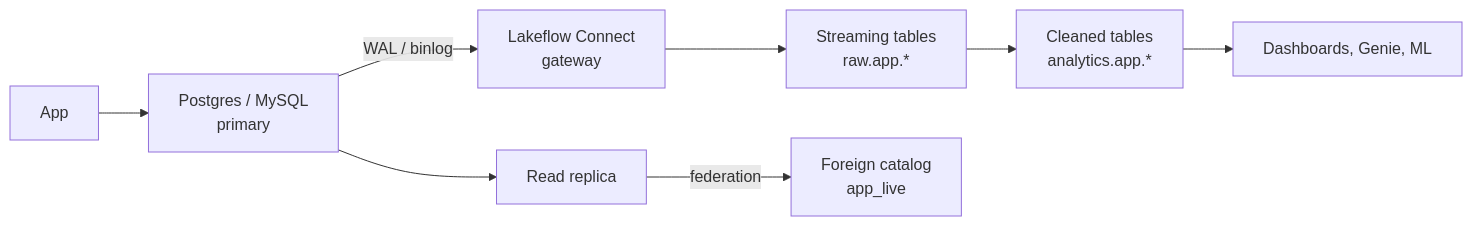
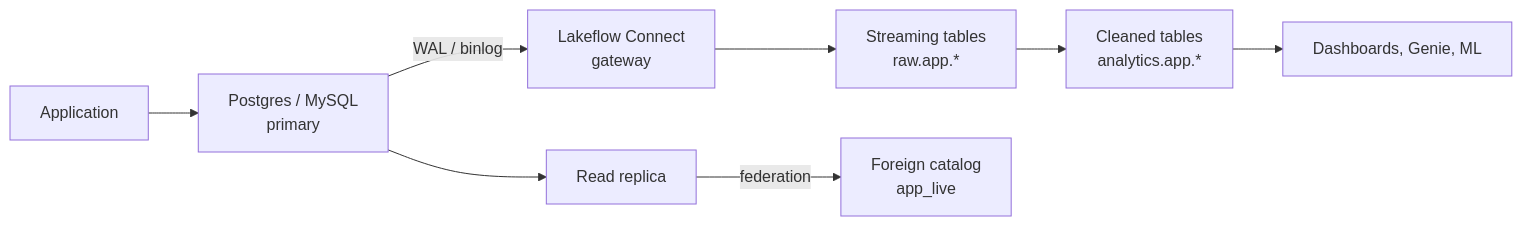
The diagram in 15_migrating_to_databricks/Migrating from Postgres and MySQL.md (kidskoding/databricks-wiki), drawn with Mermaid before and after one commit. The commit also changed other lines of this file and 14 other files, not shown here.

````diff
--- a/15_migrating_to_databricks/Migrating from Postgres and MySQL.md
+++ b/15_migrating_to_databricks/Migrating from Postgres and MySQL.md
@@ -98,10 +96,10 @@
 ```mermaid
 flowchart LR
-  APP["App"] --> PRI["Postgres / MySQL<br/>primary"]
+  APP["Application"] --> PRI["Postgres / MySQL<br/>primary"]
   PRI --> REP["Read replica"]
   PRI -- "WAL / binlog" --> GW["Lakeflow Connect<br/>gateway"]
   GW --> ST["Streaming tables<br/>raw.app.*"]
   REP -- "federation" --> FC["Foreign catalog<br/>app_live"]
   ST --> SILVER["Cleaned tables<br/>analytics.app.*"]
   SILVER --> BI["Dashboards, Genie, ML"]
 ```
````
